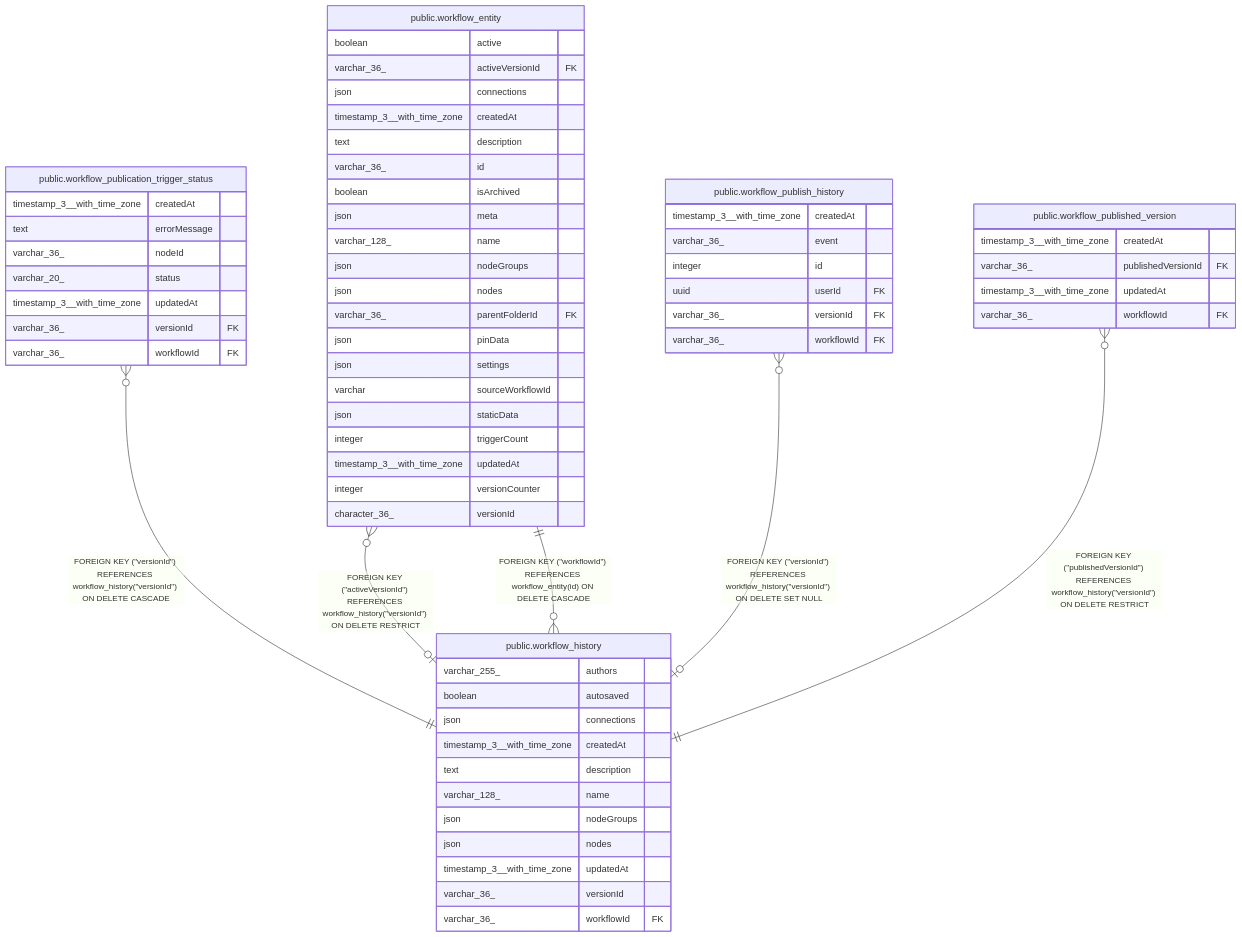
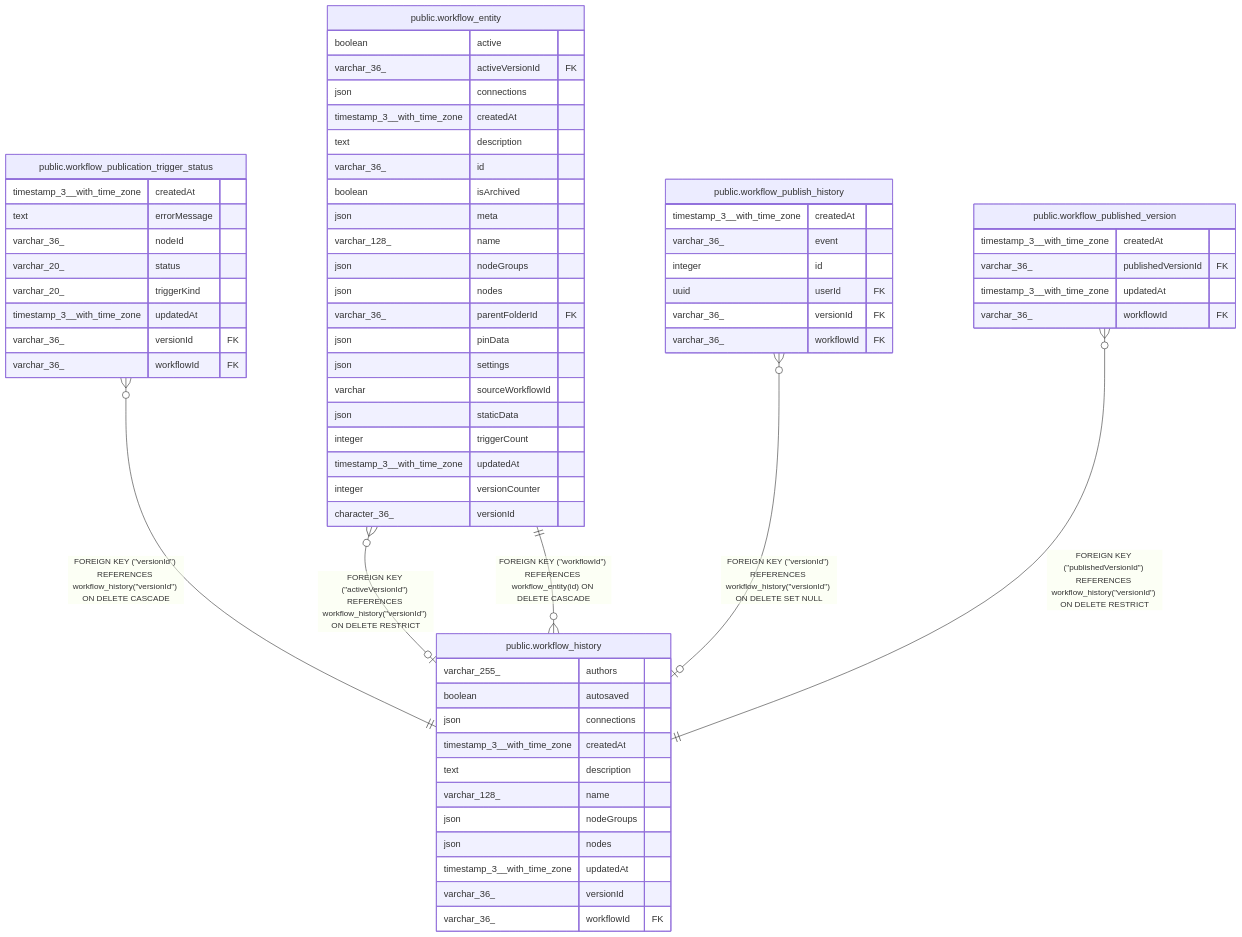
Before and after one commit to ggrace519/n8n: the diagram in docs/generated/postgres-schema/public.workflow_history.md, drawn with Mermaid. The commit also changed 34 other files, not shown here.

````diff
--- a/docs/generated/postgres-schema/public.workflow_history.md
+++ b/docs/generated/postgres-schema/public.workflow_history.md
@@ -44,68 +44,69 @@
 ```mermaid
 erDiagram
 
 "public.workflow_entity" }o--o| "public.workflow_history" : "FOREIGN KEY (#quot;activeVersionId#quot;) REFERENCES workflow_history(#quot;versionId#quot;) ON DELETE RESTRICT"
 "public.workflow_publication_trigger_status" }o--|| "public.workflow_history" : "FOREIGN KEY (#quot;versionId#quot;) REFERENCES workflow_history(#quot;versionId#quot;) ON DELETE CASCADE"
 "public.workflow_publish_history" }o--o| "public.workflow_history" : "FOREIGN KEY (#quot;versionId#quot;) REFERENCES workflow_history(#quot;versionId#quot;) ON DELETE SET NULL"
 "public.workflow_published_version" }o--|| "public.workflow_history" : "FOREIGN KEY (#quot;publishedVersionId#quot;) REFERENCES workflow_history(#quot;versionId#quot;) ON DELETE RESTRICT"
 "public.workflow_history" }o--|| "public.workflow_entity" : "FOREIGN KEY (#quot;workflowId#quot;) REFERENCES workflow_entity(id) ON DELETE CASCADE"
 
 "public.workflow_history" {
   varchar_255_ authors
   boolean autosaved
   json connections
   timestamp_3__with_time_zone createdAt
   text description
   varchar_128_ name
   json nodeGroups
   json nodes
   timestamp_3__with_time_zone updatedAt
   varchar_36_ versionId
   varchar_36_ workflowId FK
 }
 "public.workflow_entity" {
   boolean active
   varchar_36_ activeVersionId FK
   json connections
   timestamp_3__with_time_zone createdAt
   text description
   varchar_36_ id
   boolean isArchived
   json meta
   varchar_128_ name
   json nodeGroups
   json nodes
   varchar_36_ parentFolderId FK
   json pinData
   json settings
   varchar sourceWorkflowId
   json staticData
   integer triggerCount
   timestamp_3__with_time_zone updatedAt
   integer versionCounter
   character_36_ versionId
 }
 "public.workflow_publication_trigger_status" {
   timestamp_3__with_time_zone createdAt
   text errorMessage
   varchar_36_ nodeId
   varchar_20_ status
+  varchar_20_ triggerKind
   timestamp_3__with_time_zone updatedAt
   varchar_36_ versionId FK
   varchar_36_ workflowId FK
 }
 "public.workflow_publish_history" {
   timestamp_3__with_time_zone createdAt
   varchar_36_ event
   integer id
   uuid userId FK
   varchar_36_ versionId FK
   varchar_36_ workflowId FK
 }
 "public.workflow_published_version" {
   timestamp_3__with_time_zone createdAt
   varchar_36_ publishedVersionId FK
   timestamp_3__with_time_zone updatedAt
   varchar_36_ workflowId FK
 }
 ```
````
